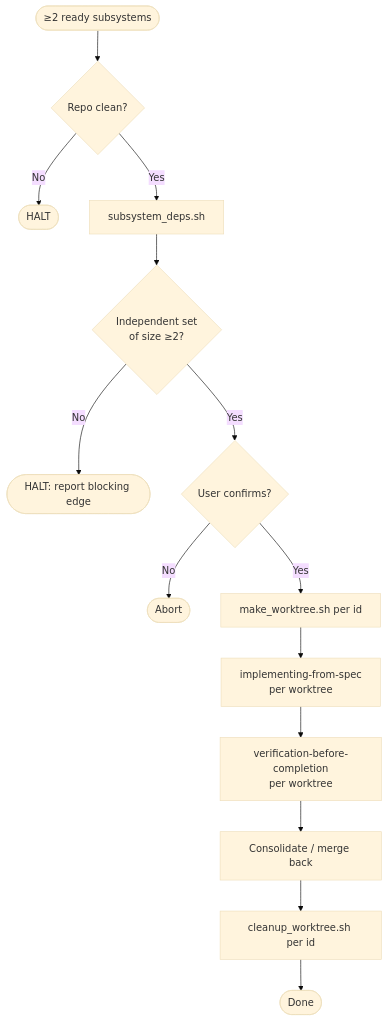
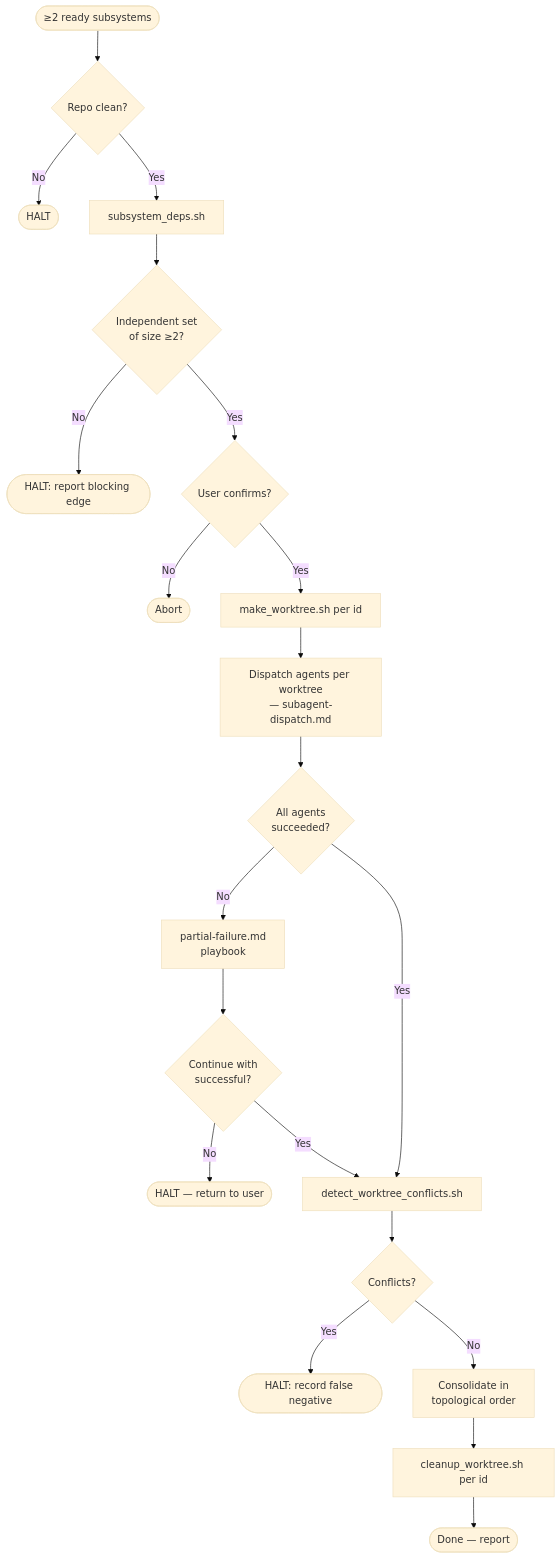
Before and after one commit to wintermaples/spec-coexist: the diagram in .claude/skills/parallelizing-subsystem-work/SKILL.md, drawn with Mermaid (base theme). The commit also changed other lines of this file and 158 other files, not shown here.

````diff
--- a/.claude/skills/parallelizing-subsystem-work/SKILL.md
+++ b/.claude/skills/parallelizing-subsystem-work/SKILL.md
@@ -60,16 +60,23 @@
 ```mermaid
 flowchart TD
     Start([≥2 ready subsystems]) --> Clean{Repo clean?}
     Clean -- No --> Halt1([HALT])
     Clean -- Yes --> Dep[subsystem_deps.sh]
     Dep --> Set{Independent set<br/>of size ≥2?}
     Set -- No --> Halt2([HALT: report blocking edge])
     Set -- Yes --> Conf{User confirms?}
     Conf -- No --> End1([Abort])
     Conf -- Yes --> MK[make_worktree.sh per id]
-    MK --> Imp[implementing-from-spec<br/>per worktree]
-    Imp --> V[verification-before-completion<br/>per worktree]
-    V --> Cons[Consolidate / merge back]
+    MK --> Disp[Dispatch agents per worktree<br/>— subagent-dispatch.md]
+    Disp --> Eval{All agents<br/>succeeded?}
+    Eval -- No --> PF[partial-failure.md<br/>playbook]
+    PF --> CanCont{Continue with<br/>successful?}
+    CanCont -- No --> HaltPF([HALT — return to user])
+    CanCont -- Yes --> DC
+    Eval -- Yes --> DC[detect_worktree_conflicts.sh]
+    DC --> DCR{Conflicts?}
+    DCR -- Yes --> Halt3([HALT: record false negative])
+    DCR -- No --> Cons[Consolidate in<br/>topological order]
     Cons --> CL[cleanup_worktree.sh per id]
-    CL --> End([Done])
+    CL --> End([Done — report])
 ```
````
